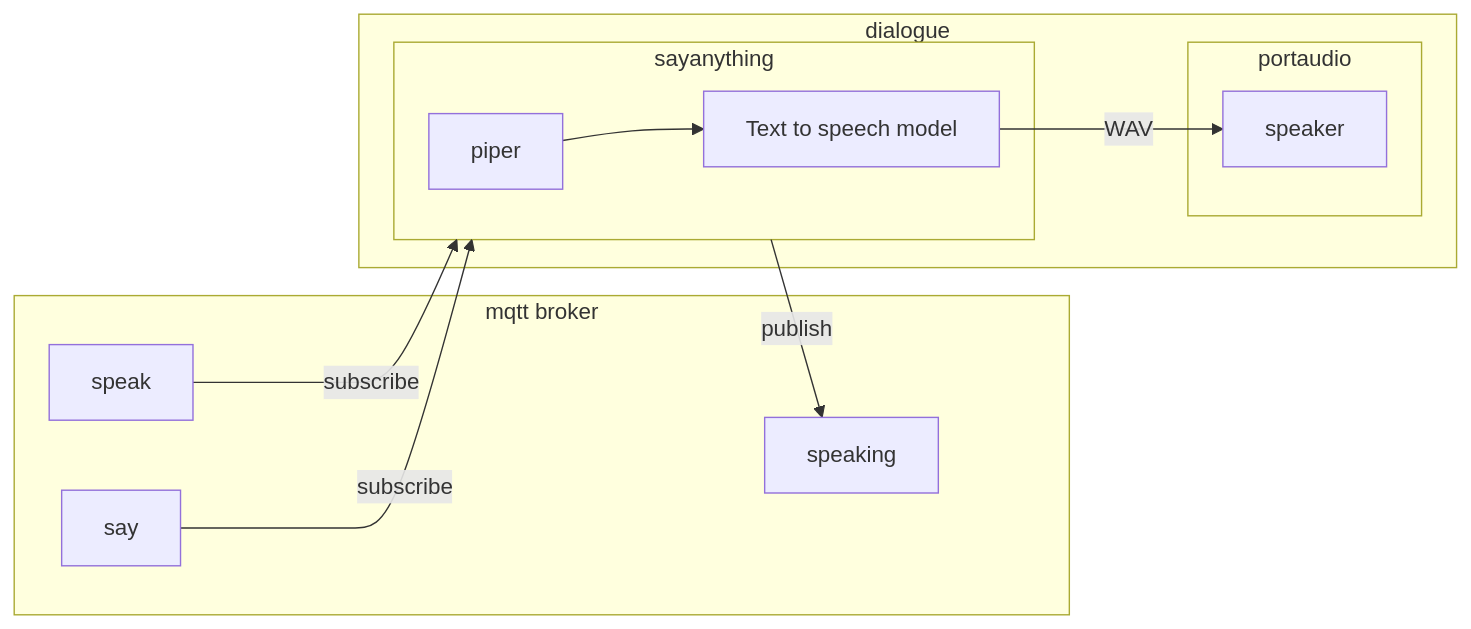
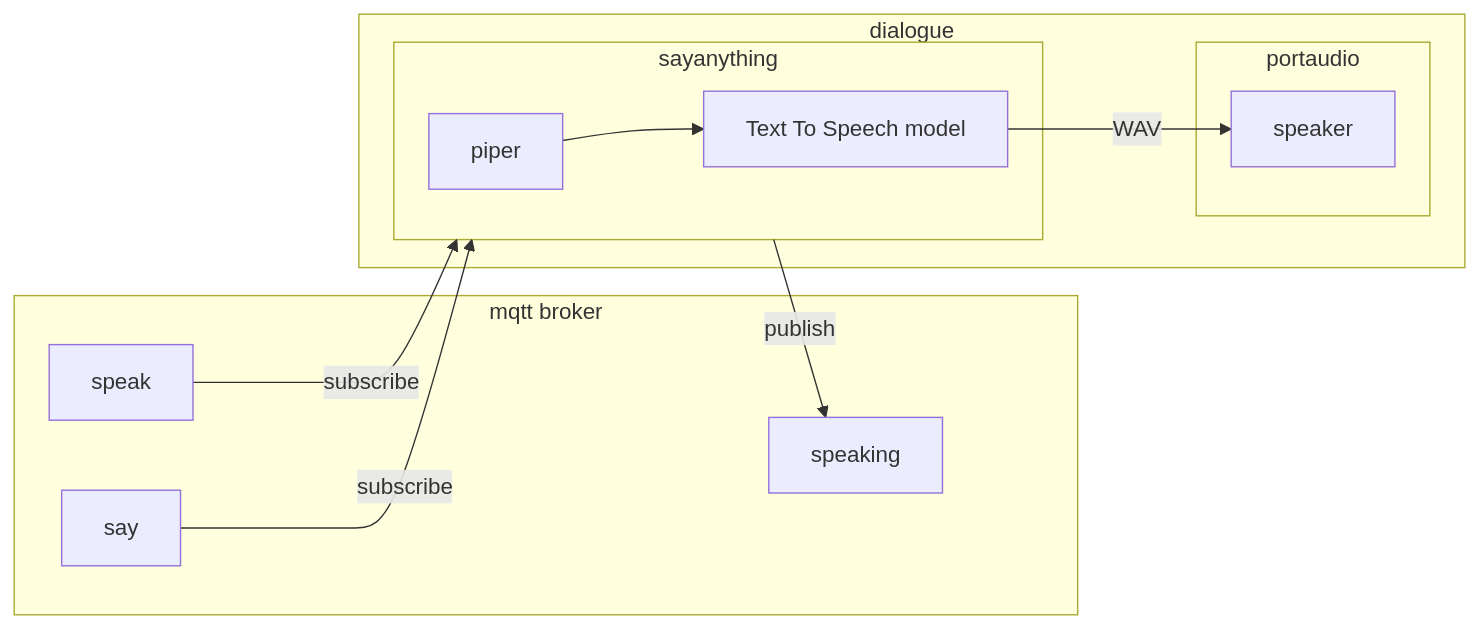
Before and after one commit to deadprogram/talkingheads: the fifth of 6 diagrams in README.md, drawn with Mermaid. The commit also changed other lines of this file and 1 other file, not shown here.

Commit message:
actor: handle another text cleanup edge case

````diff
--- a/README.md
+++ b/README.md
@@ -123,19 +123,19 @@
 ```mermaid
 flowchart LR
 subgraph mqtt broker
     speak
     say
     speaking
 end
 subgraph dialogue
     speak-- subscribe -->sayanything
     say-- subscribe -->sayanything
     subgraph sayanything
-        piper-->tts[Text to speech model]
+        piper-->tts[Text To Speech model]
     end
     subgraph portaudio
         tts-- WAV -->speaker
     end
     sayanything-- publish -->speaking
 end
 ```
````
